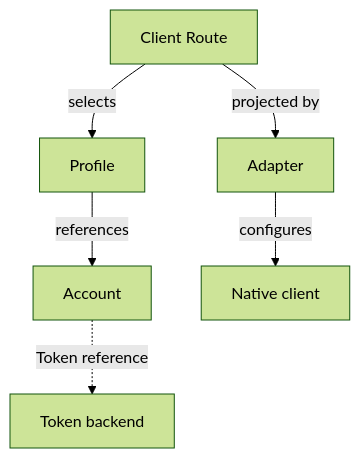
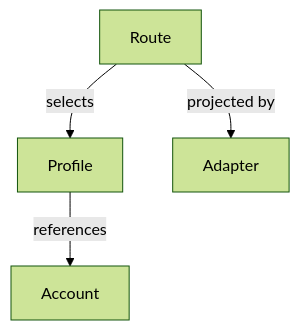
One commit to HengYangDS/aigw-cli changed the diagram in docs/concepts/product-concepts.md. Above: the diagram before and after it, drawn with Mermaid (forest theme). The commit also changed 3 other files, not shown here.

Commit message:
docs: verify hosted rendering and narrow diagram scope

````diff
--- a/docs/concepts/product-concepts.md
+++ b/docs/concepts/product-concepts.md
@@ -6,10 +6,8 @@
 ```mermaid
 flowchart TB
     accTitle: References among the four configuration entities
     accDescr: A client Route selects a Profile, which names an Account. An Adapter projects the selected configuration into its native client. Account Tokens remain in a separate backend.
-    R["Client Route"] -->|selects| P["Profile"]
+    R["Route"] -->|selects| P["Profile"]
     P -->|references| A["Account"]
-    A -. Token reference .-> K["Token backend"]
     R -->|projected by| D["Adapter"]
-    D -->|configures| C["Native client"]
 ```
````
